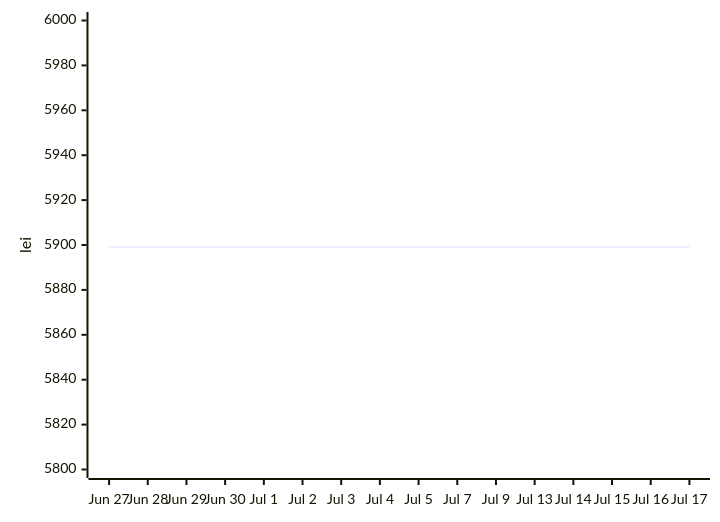
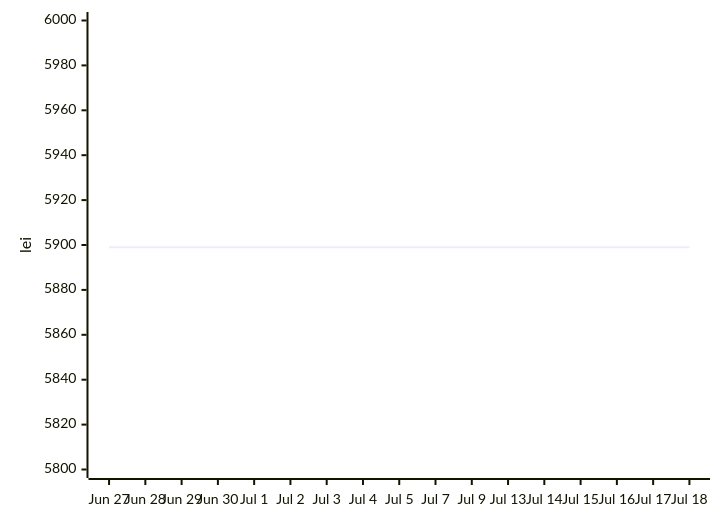
Before and after one commit to anagheioan/laptop-price-monitor: the second of 2 diagrams in README.md, drawn with Mermaid. The commit also changed other lines of this file and 1 other file, not shown here.

Commit message:
Price check 2026-07-18

````diff
--- a/README.md
+++ b/README.md
@@ -29,6 +29,6 @@
 ```mermaid
 xychart-beta
-    x-axis ["Jun 27", "Jun 28", "Jun 29", "Jun 30", "Jul 1", "Jul 2", "Jul 3", "Jul 4", "Jul 5", "Jul 7", "Jul 9", "Jul 13", "Jul 14", "Jul 15", "Jul 16", "Jul 17"]
+    x-axis ["Jun 27", "Jun 28", "Jun 29", "Jun 30", "Jul 1", "Jul 2", "Jul 3", "Jul 4", "Jul 5", "Jul 7", "Jul 9", "Jul 13", "Jul 14", "Jul 15", "Jul 16", "Jul 17", "Jul 18"]
     y-axis "lei" 5800 --> 6000
-    line [5899.0, 5899.0, 5899.0, 5899.0, 5899.0, 5899.0, 5899.0, 5899.0, 5899.0, 5899.0, 5899.0, 5899.0, 5899.0, 5899.0, 5899.0, 5899.0]
+    line [5899.0, 5899.0, 5899.0, 5899.0, 5899.0, 5899.0, 5899.0, 5899.0, 5899.0, 5899.0, 5899.0, 5899.0, 5899.0, 5899.0, 5899.0, 5899.0, 5899.0]
 ```
````
